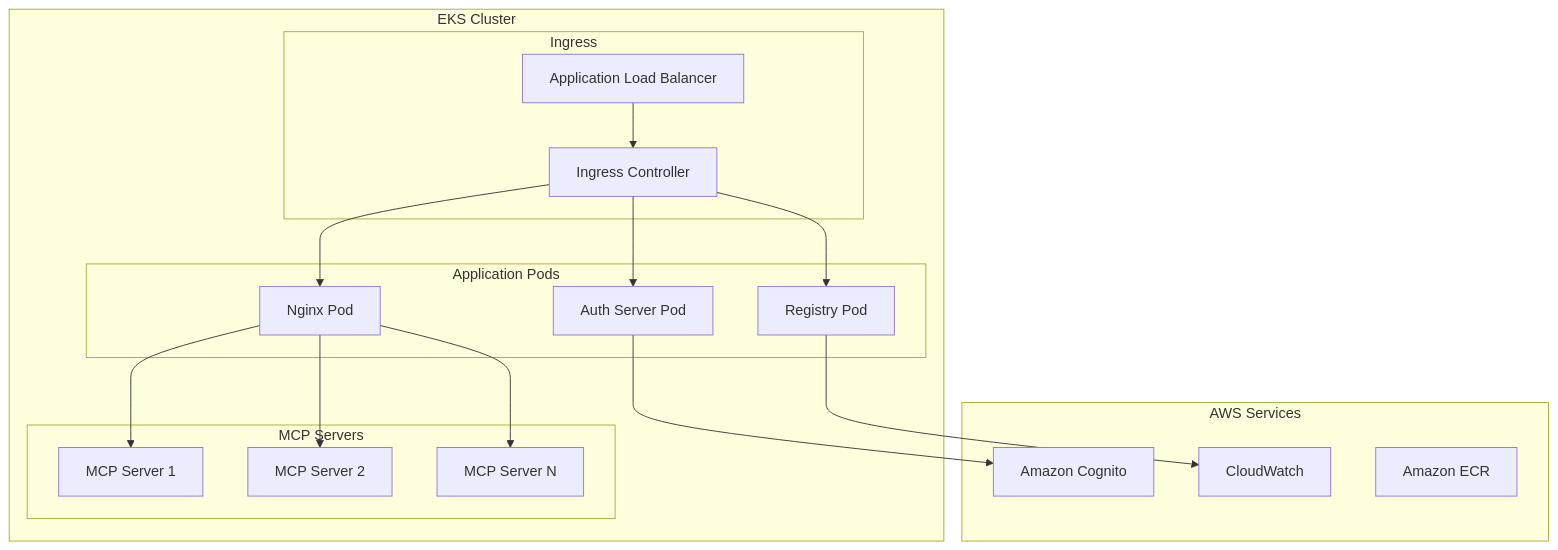
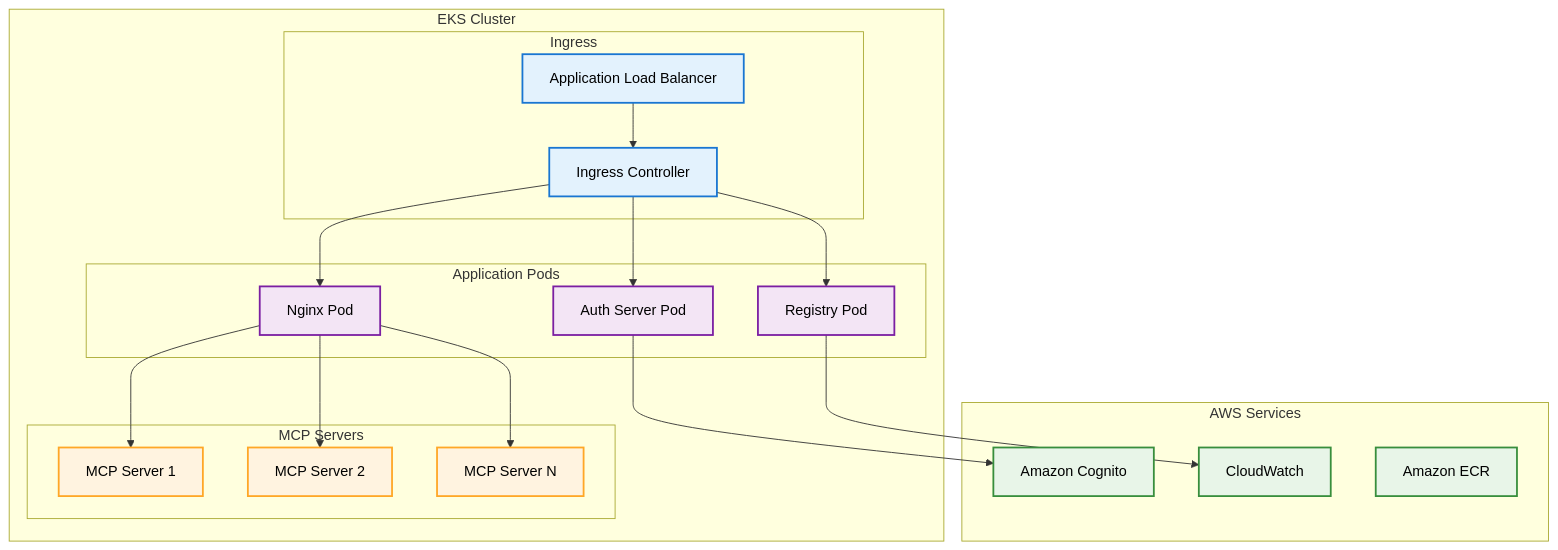
The diagram in docs/installation.md (jrmatherly/mcp-registry-gateway), drawn with Mermaid before and after one commit. The commit also changed other lines of this file and 35 other files, not shown here.

````diff
--- a/docs/installation.md
+++ b/docs/installation.md
@@ -537,37 +537,48 @@
 ```mermaid
 graph TB
     subgraph "EKS Cluster"
         subgraph "Ingress"
             ALB[Application Load Balancer]
             IC[Ingress Controller]
         end
 
         subgraph "Application Pods"
             RP[Registry Pod]
             AS[Auth Server Pod]
             NG[Nginx Pod]
         end
 
         subgraph "MCP Servers"
             MS1[MCP Server 1]
             MS2[MCP Server 2]
             MSN[MCP Server N]
         end
     end
 
     subgraph "AWS Services"
         COG[Amazon Cognito]
         CW[CloudWatch]
         ECR[Amazon ECR]
     end
 
     ALB --> IC
     IC --> RP
     IC --> AS
     IC --> NG
     NG --> MS1
     NG --> MS2
     NG --> MSN
     AS --> COG
     RP --> CW
+
+    %% Dark mode text visibility
+    classDef ingress fill:#e3f2fd,stroke:#1976d2,stroke-width:2px,color:#000
+    classDef app fill:#f3e5f5,stroke:#7b1fa2,stroke-width:2px,color:#000
+    classDef mcp fill:#fff3e0,stroke:#ffa726,stroke-width:2px,color:#000
+    classDef aws fill:#e8f5e8,stroke:#388e3c,stroke-width:2px,color:#000
+
+    class ALB,IC ingress
+    class RP,AS,NG app
+    class MS1,MS2,MSN mcp
+    class COG,CW,ECR aws
 ```
````
